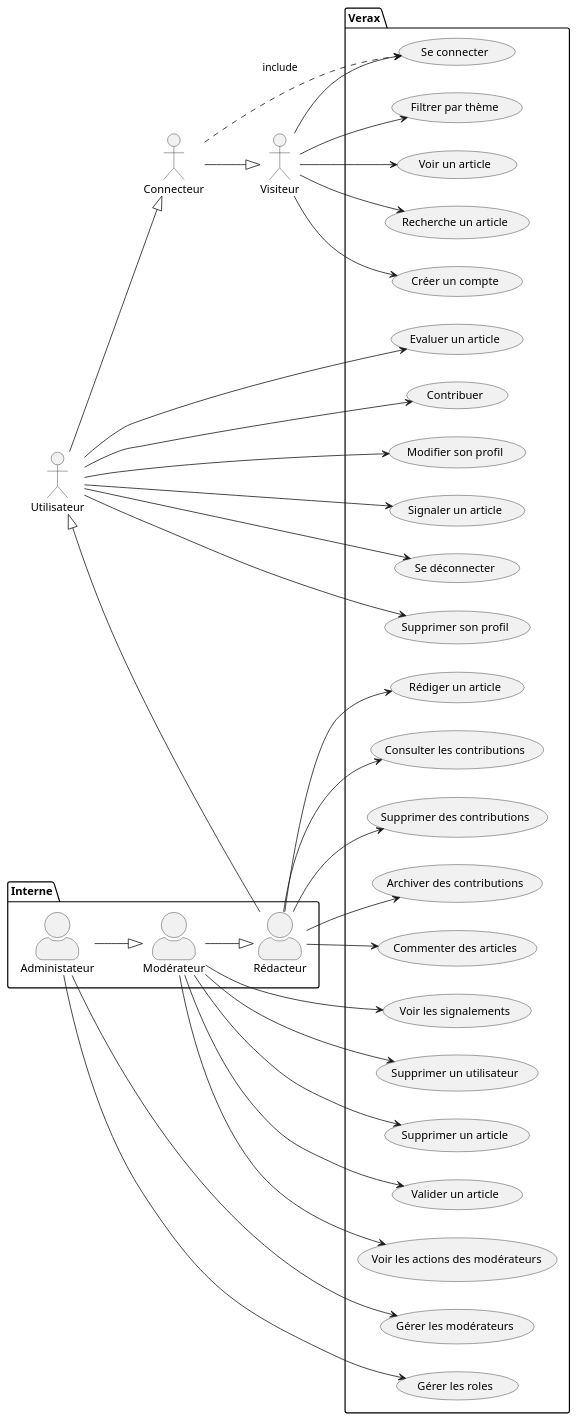
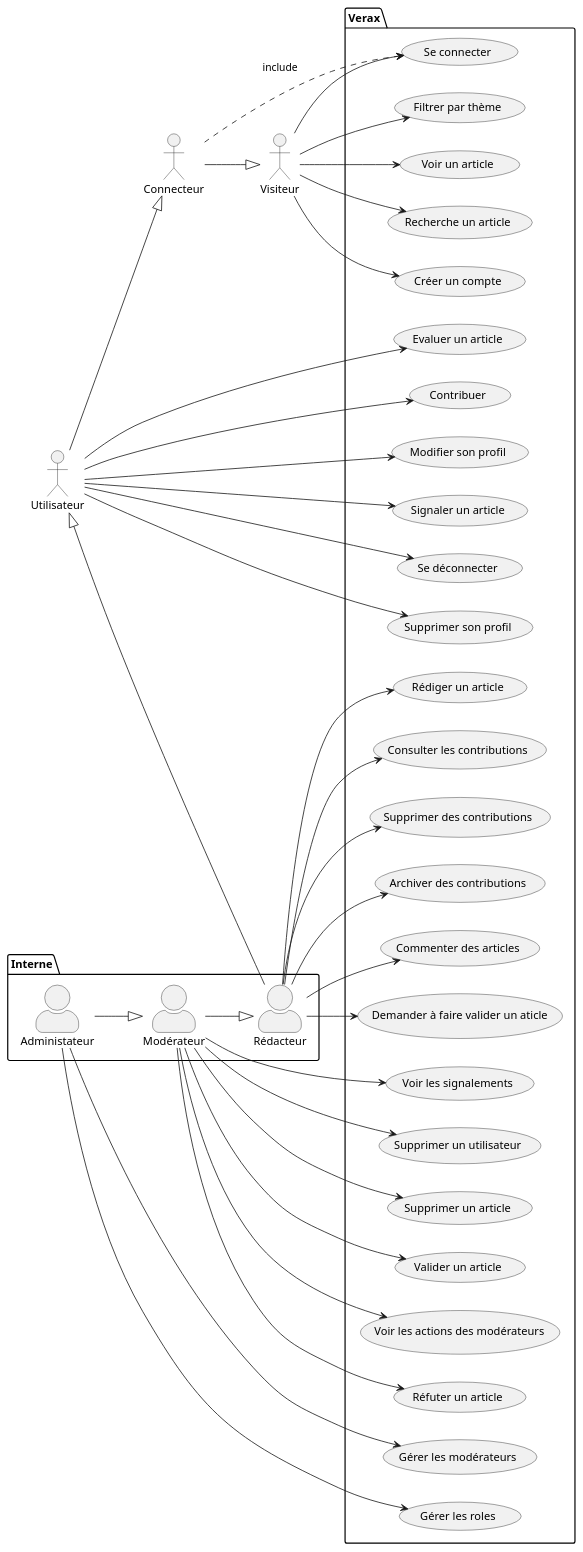
Before and after one commit to tonyfgs/Verax: the diagram in Diagramme/casUtilisation.md, drawn with PlantUML.

Commit message:
travail sur le diagramme..

````diff
--- a/Diagramme/casUtilisation.md
+++ b/Diagramme/casUtilisation.md
@@ -33,12 +33,14 @@
     usecase "Supprimer des contributions" as UC27
     usecase "Archiver des contributions" as UC26
     usecase "Commenter des articles" as UC15
+    usecase "Demander à faire valider un aticle" as UC14
 
     usecase "Voir les signalements" as UC16
     usecase "Supprimer un utilisateur" as UC17
     usecase "Supprimer un article" as UC18
     usecase "Valider un article" as UC13
     usecase "Voir les actions des modérateurs" as UC19
+    usecase "Réfuter un article" as UC20
 
     usecase "Gérer les modérateurs" as UC22
     usecase "Gérer les roles" as UC23
@@ -67,6 +69,7 @@
 
 r --> UC11
 r --> UC12
+r --> UC14
 r --> UC15
 r --> UC27
 r --> UC26
@@ -76,11 +79,11 @@
 m --> UC17
 m --> UC18
 m --> UC19
+m --> UC20
 
 a --> UC22
 a --> UC23
 
 
-
 @enduml
 ```
````
